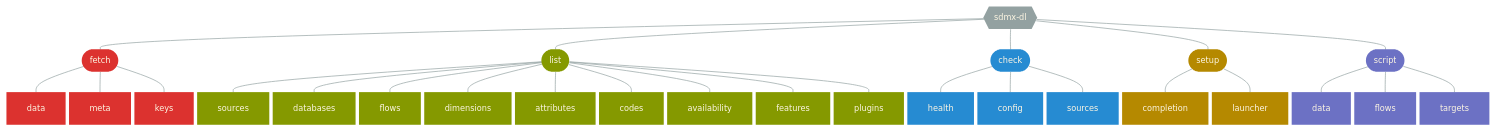
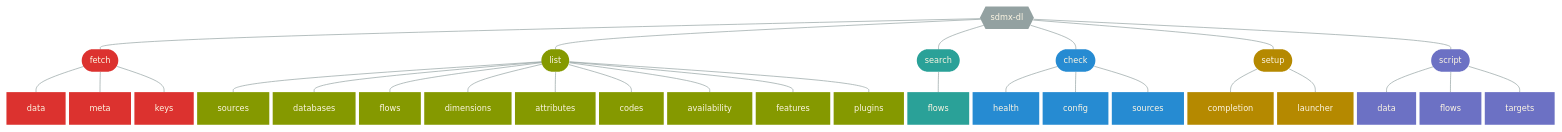
Before and after one commit to nbbrd/sdmx-dl: the diagram in docs/content/cli/usage.md, drawn with Mermaid. The commit also changed other lines of this file and 26 other files, not shown here.

Commit message:
Add flow search across sources with per-source failures and timeout

````diff
--- a/docs/content/cli/usage.md
+++ b/docs/content/cli/usage.md
@@ -23,53 +23,59 @@
 ```mermaid
 %%{init:{'themeVariables': {'textColor': '#fdf6e3', 'fontSize': '12px'},'flowchart':{'nodeSpacing': 5, 'rankSpacing': 30}}}%%
 flowchart TB
     r{{sdmx-dl}}
     r --- f([fetch]) --- data & meta & keys
     r --- l([list]) --- sources & databases & flows & dimensions & attributes & codes & availability & features & plugins
+    r --- q([search]) --- qflows[flows]
     r --- c([check]) --- health & config & xsources[sources]
     r --- s([setup]) --- completion & launcher
     r --- x([script]) --- xdata[data] & xflows[flows] & targets
 
     classDef default fill:#93a1a1,stroke-width:0px 
     linkStyle default stroke:#93a1a1
  
     classDef fx fill:#dc322f
     class f,data,meta,keys fx;
     click f "#fetch" "fetch command"
     click data "#fetch-data" "fetch data command"
     click meta "#fetch-meta" "fetch meta command"
     click keys "#fetch-keys" "fetch keys command"
    
     classDef lx fill:#859900
     class l,sources,databases,flows,dimensions,attributes,codes,availability,features,plugins lx;
     click l "#list" "list command"
     click sources "#list-sources" "list sources command"
     click databases "#list-databases" "list databases command"
     click flows "#list-flows" "list flows command"
     click dimensions "#list-dimensions" "list dimensions command"
     click attributes "#list-attributes" "list attributes command"
     click codes "#list-codes" "list codes command"
     click availability "#list-availability" "list availability command"
     click features "#list-features" "list features command"
     click plugins "#list-plugins" "list plugins command"
 
+    classDef qx fill:#2aa198
+    class q,qflows qx;
+    click q "#search" "search command"
+    click qflows "#search-flows" "search flows command"
+
     classDef cx fill:#268bd2
     class c,health,config,xsources cx;
     click c "#check" "check command"
     click health "#check-health" "check health command"
     click config "#check-config" "check config command"
     click xsources "#check-sources" "check sources command"
     
     classDef sx fill:#b58900
     class s,completion,launcher sx;
     click s "#setup" "setup command"
     click completion "#setup-completion" "setup completion command"
     click launcher "#setup-launcher" "setup launcher command"
 
     classDef xx fill:#6c71c4
     class x,xdata,xflows,targets xx;
     click x "#script" "script command"
     click xdata "#script-data" "script data command"
     click xflows "#script-flows" "script flows command"
     click targets "#script-targets" "script targets command"
 ```
````
